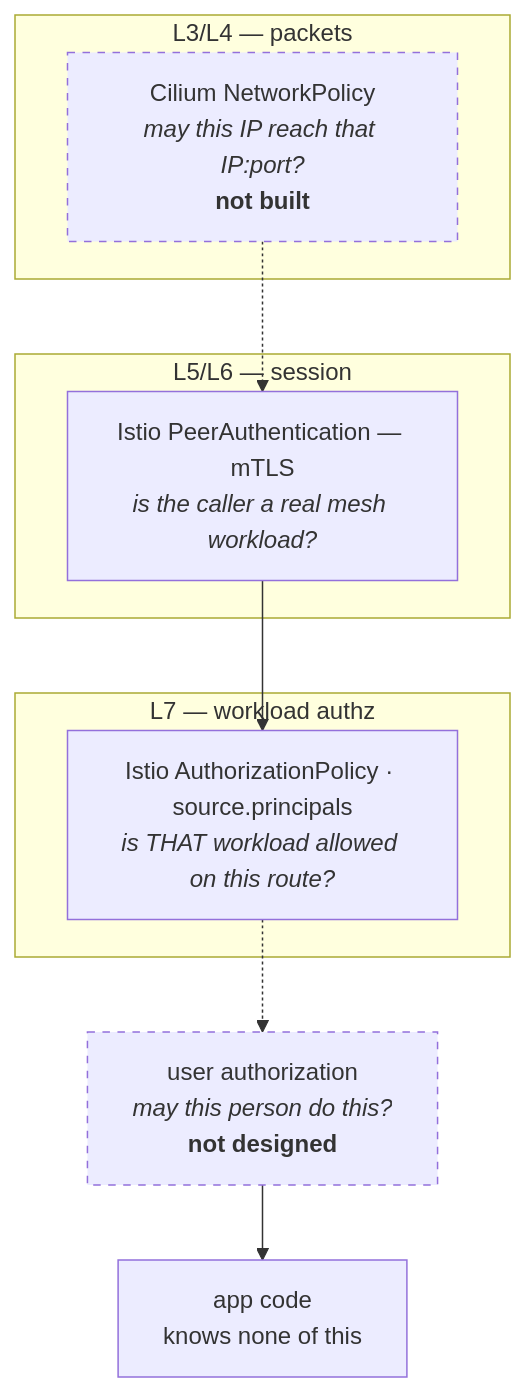
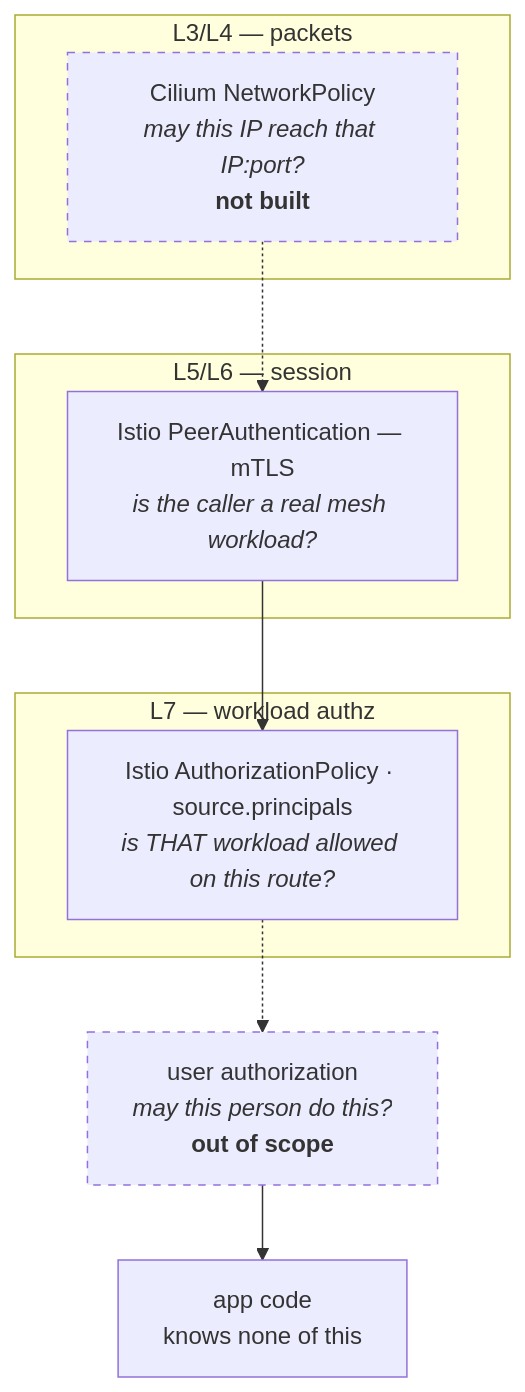
Before and after one commit to cujarrett/homelab: the second of 2 diagrams in docs/platform-connections.md, drawn with Mermaid. The commit also changed other lines of this file, not shown here.

````diff
--- a/docs/platform-connections.md
+++ b/docs/platform-connections.md
@@ -166,16 +170,16 @@
 ```mermaid
 flowchart TB
     subgraph L34["L3/L4 — packets"]
       A["Cilium NetworkPolicy<br/><i>may this IP reach that IP:port?</i><br/><b>not built</b>"]
     end
     subgraph L56["L5/L6 — session"]
       B["Istio PeerAuthentication — mTLS<br/><i>is the caller a real mesh workload?</i>"]
     end
     subgraph L7a["L7 — workload authz"]
       C["Istio AuthorizationPolicy · source.principals<br/><i>is THAT workload allowed on this route?</i>"]
     end
-    A -.-> B --> C -.-> D["user authorization<br/><i>may this person do this?</i><br/><b>not designed</b>"] --> E["app code<br/>knows none of this"]
+    A -.-> B --> C -.-> D["user authorization<br/><i>may this person do this?</i><br/><b>out of scope</b>"] --> E["app code<br/>knows none of this"]
 
     style A stroke-dasharray: 5 5
     style D stroke-dasharray: 5 5
 ```
````
